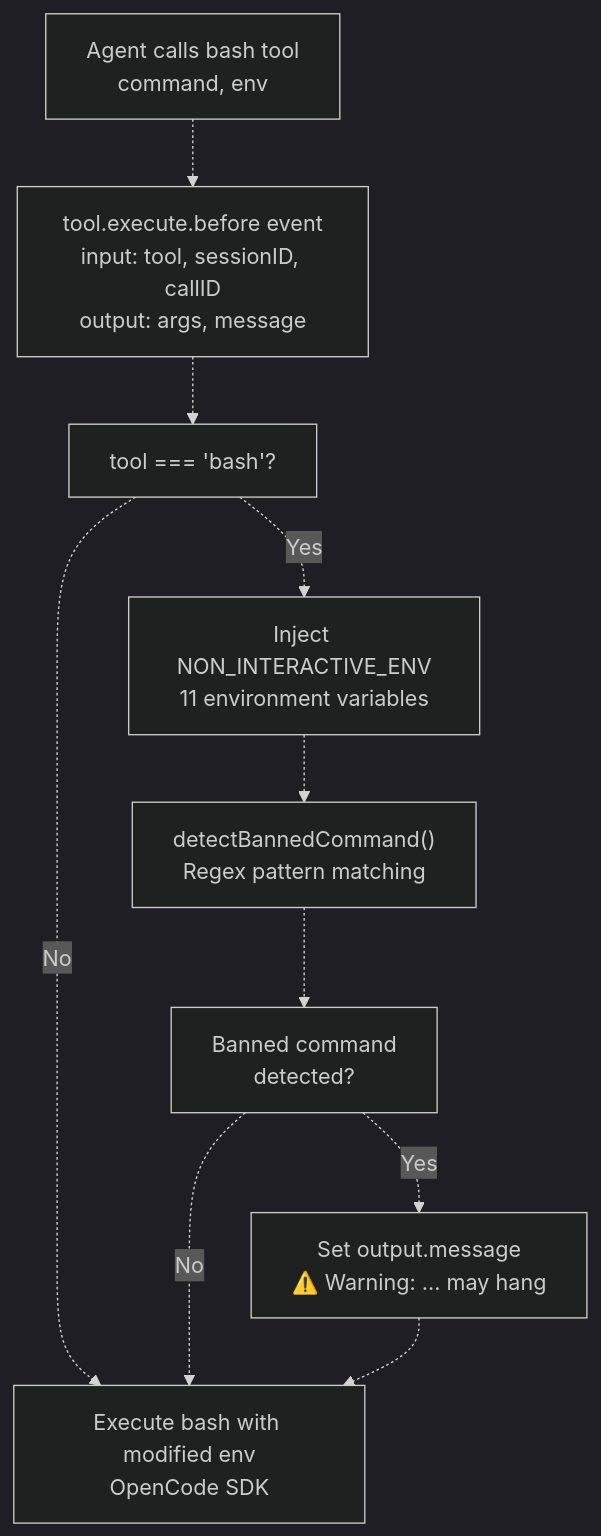
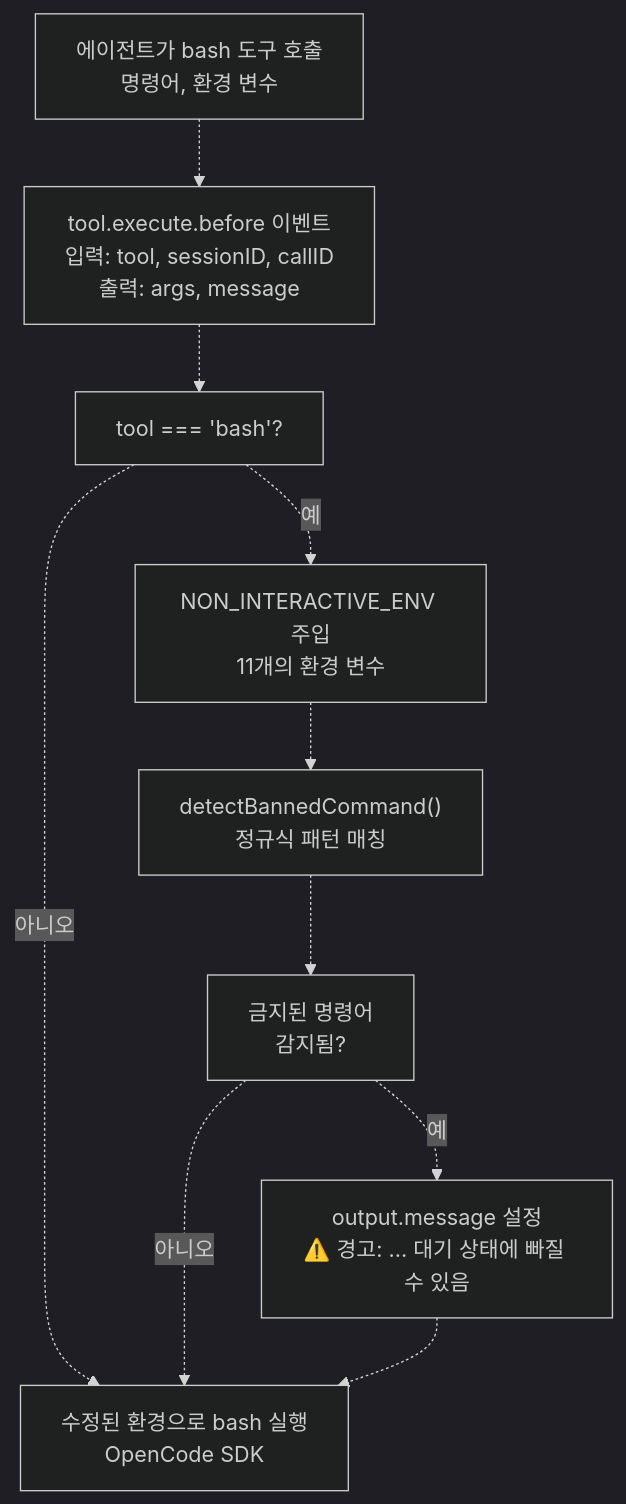
Before and after one commit to felipetruman/oh-my-opencode-docs: the first of 4 diagrams in docs/hooks/non-interactive-environment.md, drawn with Mermaid (dark theme). The commit also changed other lines of this file and 76 other files, not shown here.

````diff
--- a/docs/hooks/non-interactive-environment.md
+++ b/docs/hooks/non-interactive-environment.md
@@ -43,22 +43,22 @@
 ```mermaid
 flowchart TD
 
-AgentCall["Agent calls bash tool<br>command, env"]
-HookTrigger["tool.execute.before event<br>input: tool, sessionID, callID<br>output: args, message"]
+AgentCall["에이전트가 bash 도구 호출<br>명령어, 환경 변수"]
+HookTrigger["tool.execute.before 이벤트<br>입력: tool, sessionID, callID<br>출력: args, message"]
 ToolCheck["tool === 'bash'?"]
-InjectEnv["Inject NON_INTERACTIVE_ENV<br>11 environment variables"]
-DetectBanned["detectBannedCommand()<br>Regex pattern matching"]
-HasBanned["Banned command<br>detected?"]
-AddWarning["Set output.message<br>⚠️ Warning: ... may hang"]
-Execute["Execute bash with modified env<br>OpenCode SDK"]
+InjectEnv["NON_INTERACTIVE_ENV 주입<br>11개의 환경 변수"]
+DetectBanned["detectBannedCommand()<br>정규식 패턴 매칭"]
+HasBanned["금지된 명령어<br>감지됨?"]
+AddWarning["output.message 설정<br>⚠️ 경고: ... 대기 상태에 빠질 수 있음"]
+Execute["수정된 환경으로 bash 실행<br>OpenCode SDK"]
 
 AgentCall -.-> HookTrigger
 HookTrigger -.-> ToolCheck
-ToolCheck -.->|"No"| Execute
-ToolCheck -.->|"Yes"| InjectEnv
+ToolCheck -.->|"아니오"| Execute
+ToolCheck -.->|"예"| InjectEnv
 InjectEnv -.-> DetectBanned
 DetectBanned -.-> HasBanned
-HasBanned -.->|"No"| Execute
-HasBanned -.->|"Yes"| AddWarning
+HasBanned -.->|"아니오"| Execute
+HasBanned -.->|"예"| AddWarning
 AddWarning -.-> Execute
 ```
````
